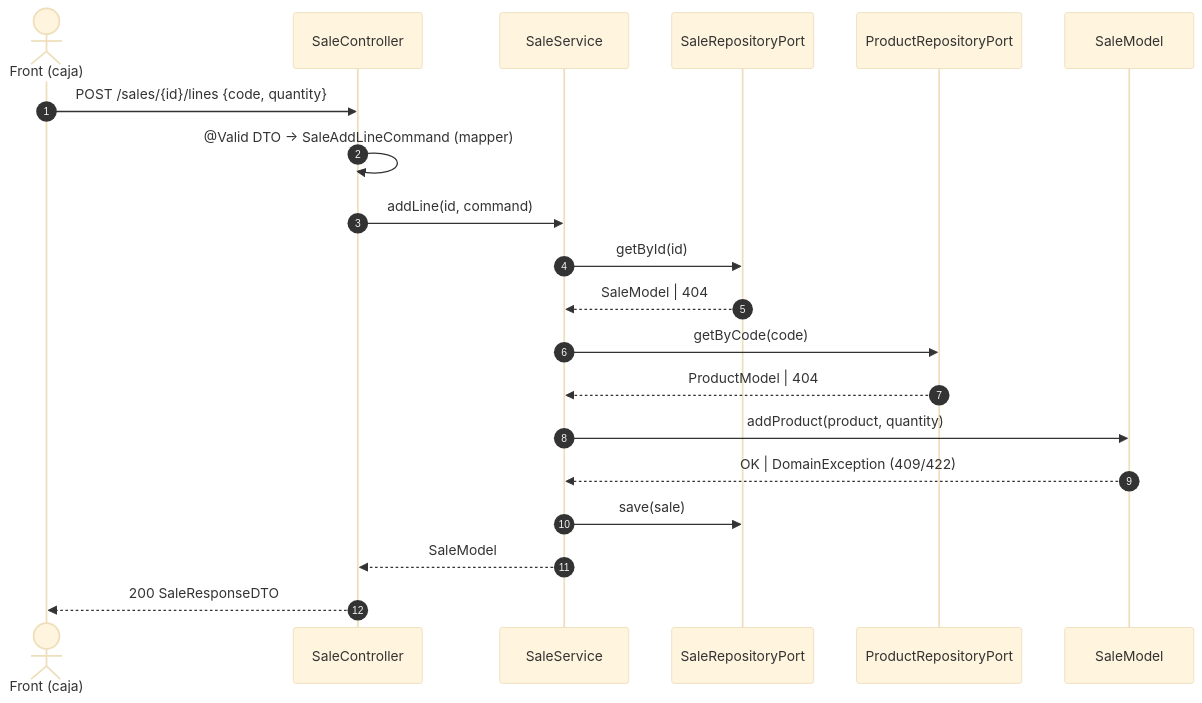
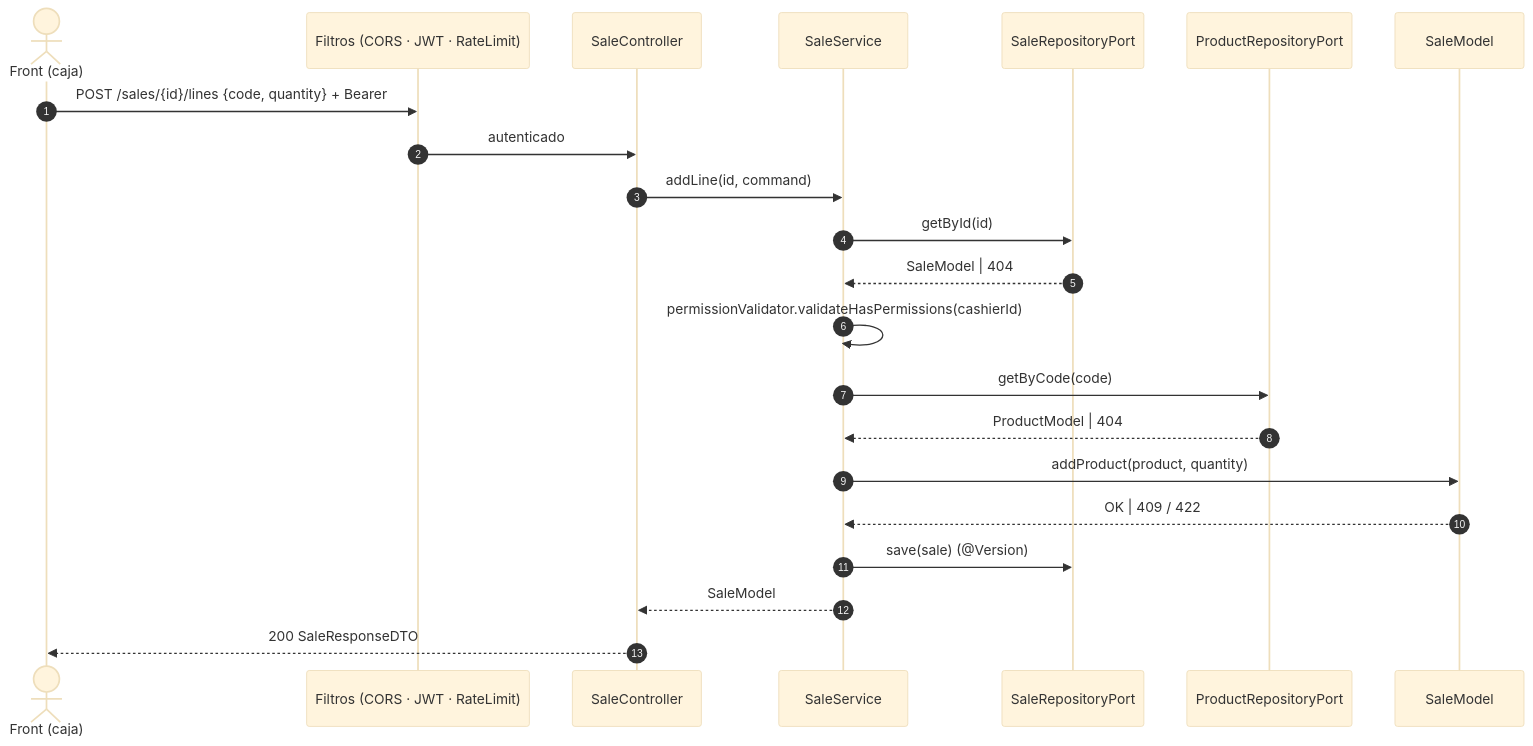
Before and after one commit to DiegoVilla27/prueba-tecnica-classora-be: the diagram in docs/02-casos-de-uso.md, drawn with Mermaid (base theme). The commit also changed other lines of this file and 15 other files, not shown here.

````diff
--- a/docs/02-casos-de-uso.md
+++ b/docs/02-casos-de-uso.md
@@ -48,23 +71,25 @@
 ```mermaid
 sequenceDiagram
   autonumber
   actor FE as Front (caja)
+  participant F as Filtros (CORS · JWT · RateLimit)
   participant C as SaleController
   participant S as SaleService
   participant SR as SaleRepositoryPort
   participant PR as ProductRepositoryPort
   participant A as SaleModel
 
-  FE->>C: POST /sales/{id}/lines {code, quantity}
-  C->>C: @Valid DTO → SaleAddLineCommand (mapper)
+  FE->>F: POST /sales/{id}/lines {code, quantity} + Bearer
+  F->>C: autenticado
   C->>S: addLine(id, command)
   S->>SR: getById(id)
   SR-->>S: SaleModel | 404
+  S->>S: permissionValidator.validateHasPermissions(cashierId)
   S->>PR: getByCode(code)
   PR-->>S: ProductModel | 404
   S->>A: addProduct(product, quantity)
-  A-->>S: OK | DomainException (409/422)
-  S->>SR: save(sale)
+  A-->>S: OK | 409 / 422
+  S->>SR: save(sale) (@Version)
   S-->>C: SaleModel
   C-->>FE: 200 SaleResponseDTO
 ```
````
